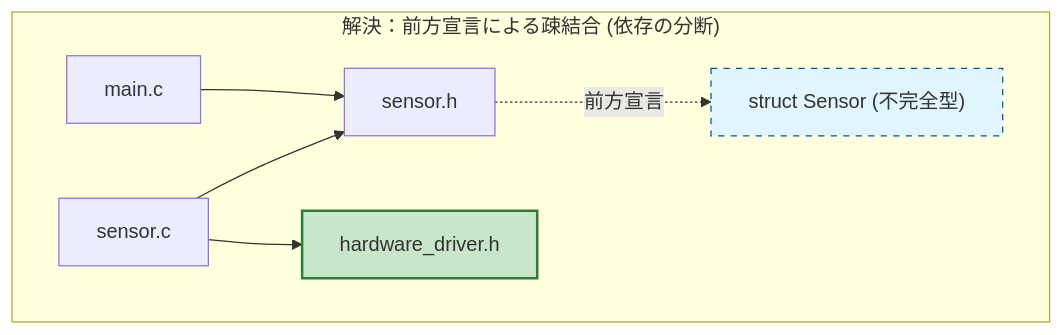
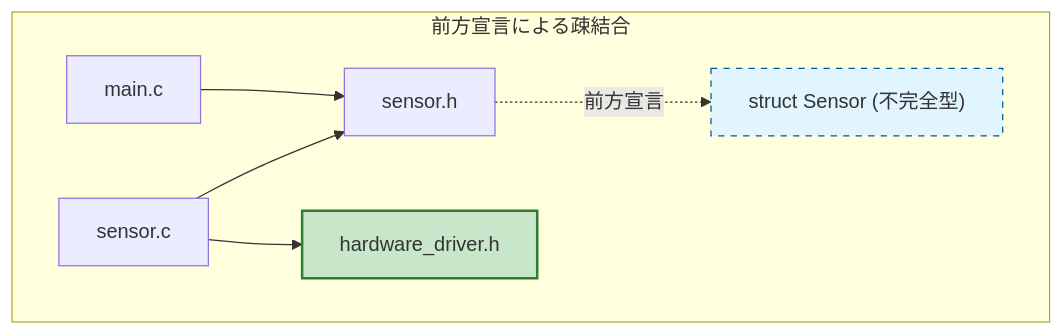
Before and after one commit to kumachan1101/BookProject: the second of 7 diagrams in 01_原稿/07_第1部 第5章 モジュール構成とヘッダ設計 - 最小限の契約公開と依存の最小化_01.md, drawn with Mermaid. The commit also changed other lines of this file and 65 other files, not shown here.

````diff
--- a/01_原稿/07_第1部 第5章 モジュール構成とヘッダ設計 - 最小限の契約公開と依存の最小化_01.md
+++ b/01_原稿/07_第1部 第5章 モジュール構成とヘッダ設計 - 最小限の契約公開と依存の最小化_01.md
@@ -46,12 +41,12 @@
 ```mermaid
 graph TB
-      subgraph "解決：前方宣言による疎結合 (依存の分断)"
+      subgraph "前方宣言による疎結合"
       A2["main.c"] --> C2["sensor.h"]
       C2 -.->|"前方宣言"| O2["struct Sensor (不完全型)"]
       SC["sensor.c"] --> H2["hardware_driver.h"]
       SC --> C2
       end
 
       style H2 fill:#c8e6c9,stroke:#2e7d32,stroke-width:2px
       style O2 fill:#e1f5fe,stroke:#01579b,stroke-dasharray: 5 5
 ```
````
